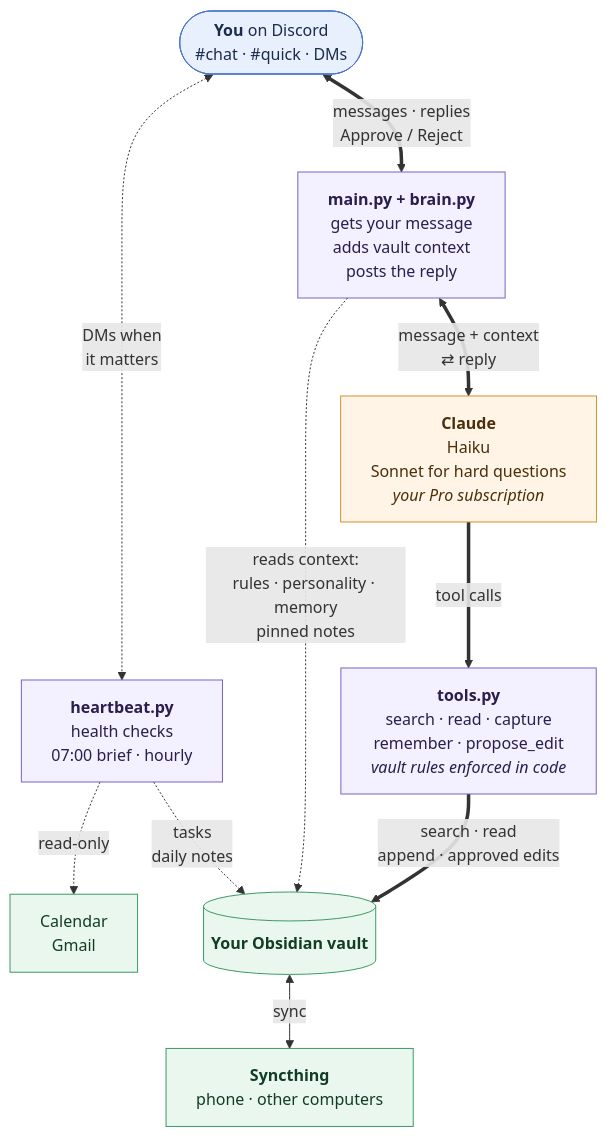
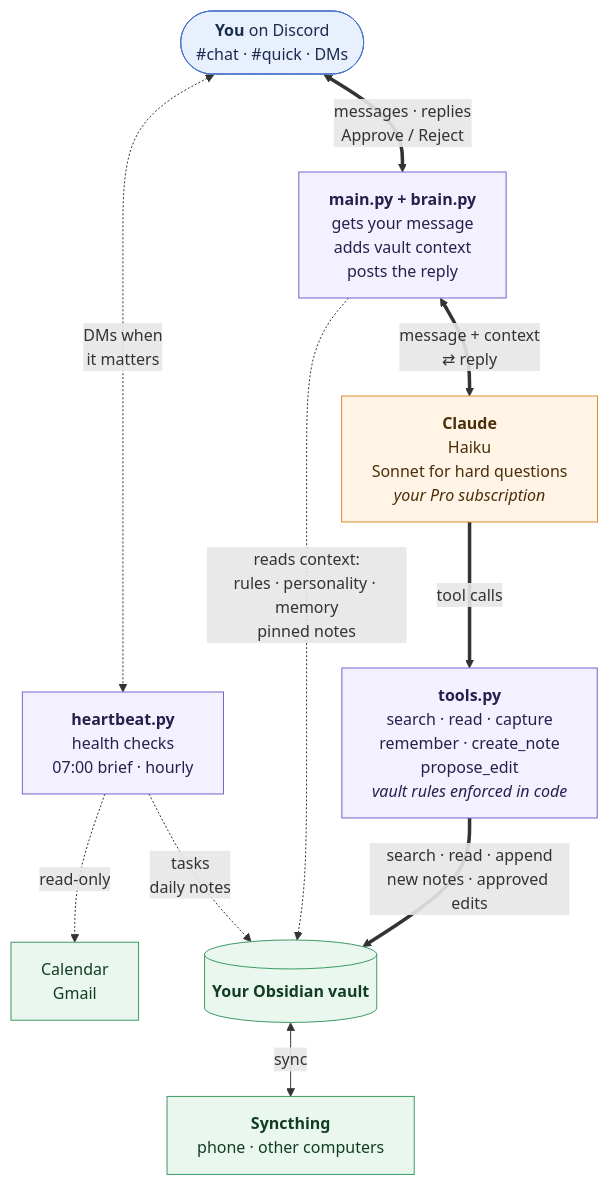
The diagram in README.md (ianmllr/obsidian-memory-claude-assistant), drawn with Mermaid before and after one commit. The commit also changed other lines of this file and 8 other files, not shown here.

Commit message:
Add create_note: the assistant can start new notes

````diff
--- a/README.md
+++ b/README.md
@@ -31,35 +33,35 @@
 ```mermaid
 flowchart TB
     You(["<b>You</b> on Discord<br/>#chat · #quick · DMs"])
 
     Bot["<b>main.py + brain.py</b><br/>gets your message<br/>adds vault context<br/>posts the reply"]
     Claude["<b>Claude</b><br/>Haiku<br/>Sonnet for hard questions<br/><i>your Pro subscription</i>"]
-    Tools["<b>tools.py</b><br/>search · read · capture<br/>remember · propose_edit<br/><i>vault rules enforced in code</i>"]
+    Tools["<b>tools.py</b><br/>search · read · capture<br/>remember · create_note<br/>propose_edit<br/><i>vault rules enforced in code</i>"]
 
     HB["<b>heartbeat.py</b><br/>health checks<br/>07:00 brief · hourly"]
     Ext["Calendar<br/>Gmail"]
 
     Vault[("<b>Your Obsidian vault</b>")]
     Sync["<b>Syncthing</b><br/>phone · other computers"]
 
     You <==>|"messages · replies<br/>Approve / Reject"| Bot
     Bot <==>|"message + context<br/>⇄ reply"| Claude
     Claude ==>|"tool calls"| Tools
-    Tools ==>|"search · read<br/>append · approved edits"| Vault
+    Tools ==>|"search · read · append<br/>new notes · approved edits"| Vault
     Bot -.->|"reads context:<br/>rules · personality · memory<br/>pinned notes"| Vault
 
     You <-.->|"DMs when<br/>it matters"| HB
     HB -.->|"read-only"| Ext
     HB -.->|"tasks<br/>daily notes"| Vault
 
     Vault <-->|"sync"| Sync
 
     classDef you fill:#e8f0fe,stroke:#4a73c9,color:#1a2b4c
     classDef code fill:#f3f0ff,stroke:#7b61c9,color:#2a1f4c
     classDef ai fill:#fff4e5,stroke:#d9902f,color:#4a2f0a
     classDef data fill:#e9f7ef,stroke:#3c9a64,color:#123d24
     class You you
     class Bot,Tools,HB code
     class Claude ai
     class Vault,Sync,Ext data
 ```
````
